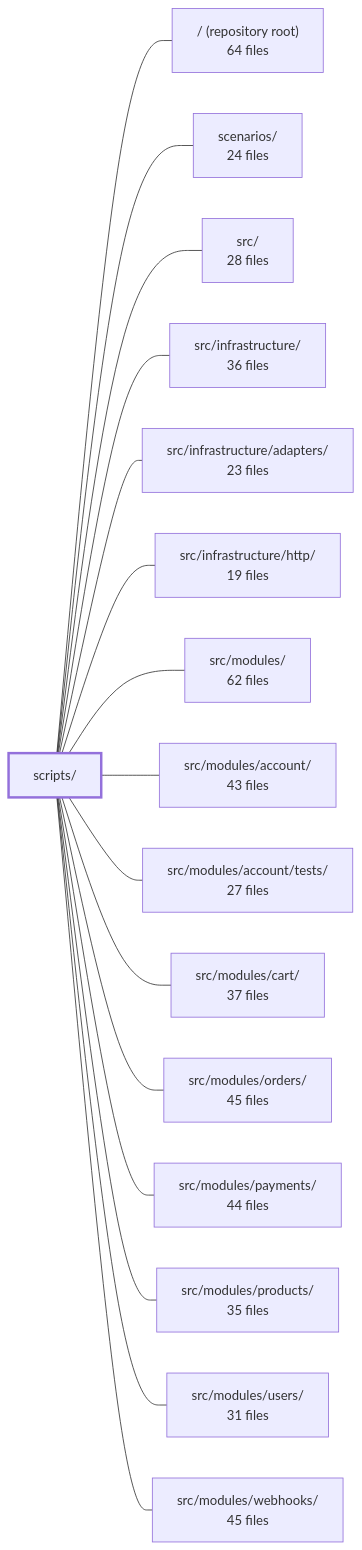
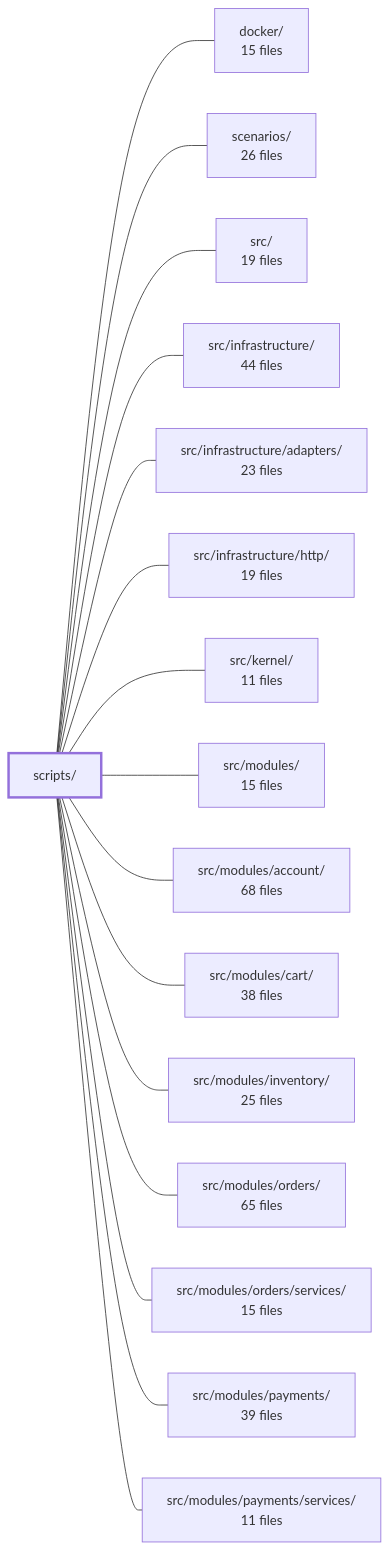
One commit to Guebbit/boilerplate-node-backend changed the diagram in .2brain/modules/boilerplate-node-backend_scripts.md. Above: the diagram before and after it, drawn with Mermaid. The commit also changed other lines of this file and 137 other files, not shown here.

````diff
--- a/.2brain/modules/boilerplate-node-backend_scripts.md
+++ b/.2brain/modules/boilerplate-node-backend_scripts.md
@@ -49,35 +48,35 @@
 ```mermaid
 flowchart LR
     m_scripts["scripts/"]
-    m_root["/ (repository root)<br/>64 files"]
-    m_scenarios["scenarios/<br/>24 files"]
-    m_src["src/<br/>28 files"]
-    m_src_infrastructure["src/infrastructure/<br/>36 files"]
+    m_docker["docker/<br/>15 files"]
+    m_scenarios["scenarios/<br/>26 files"]
+    m_src["src/<br/>19 files"]
+    m_src_infrastructure["src/infrastructure/<br/>44 files"]
     m_src_infrastructure_adapters["src/infrastructure/adapters/<br/>23 files"]
     m_src_infrastructure_http["src/infrastructure/http/<br/>19 files"]
-    m_src_modules["src/modules/<br/>62 files"]
-    m_src_modules_account["src/modules/account/<br/>43 files"]
-    m_src_modules_account_tests["src/modules/account/tests/<br/>27 files"]
-    m_src_modules_cart["src/modules/cart/<br/>37 files"]
-    m_src_modules_orders["src/modules/orders/<br/>45 files"]
-    m_src_modules_payments["src/modules/payments/<br/>44 files"]
-    m_src_modules_products["src/modules/products/<br/>35 files"]
-    m_src_modules_users["src/modules/users/<br/>31 files"]
-    m_src_modules_webhooks["src/modules/webhooks/<br/>45 files"]
-    m_scripts --- m_root
+    m_src_kernel["src/kernel/<br/>11 files"]
+    m_src_modules["src/modules/<br/>15 files"]
+    m_src_modules_account["src/modules/account/<br/>68 files"]
+    m_src_modules_cart["src/modules/cart/<br/>38 files"]
+    m_src_modules_inventory["src/modules/inventory/<br/>25 files"]
+    m_src_modules_orders["src/modules/orders/<br/>65 files"]
+    m_src_modules_orders_services["src/modules/orders/services/<br/>15 files"]
+    m_src_modules_payments["src/modules/payments/<br/>39 files"]
+    m_src_modules_payments_services["src/modules/payments/services/<br/>11 files"]
+    m_scripts --- m_docker
     m_scripts --- m_scenarios
     m_scripts --- m_src
     m_scripts --- m_src_infrastructure
     m_scripts --- m_src_infrastructure_adapters
     m_scripts --- m_src_infrastructure_http
+    m_scripts --- m_src_kernel
     m_scripts --- m_src_modules
     m_scripts --- m_src_modules_account
-    m_scripts --- m_src_modules_account_tests
     m_scripts --- m_src_modules_cart
+    m_scripts --- m_src_modules_inventory
     m_scripts --- m_src_modules_orders
+    m_scripts --- m_src_modules_orders_services
     m_scripts --- m_src_modules_payments
-    m_scripts --- m_src_modules_products
-    m_scripts --- m_src_modules_users
-    m_scripts --- m_src_modules_webhooks
+    m_scripts --- m_src_modules_payments_services
     style m_scripts stroke-width:3px
 ```
````
